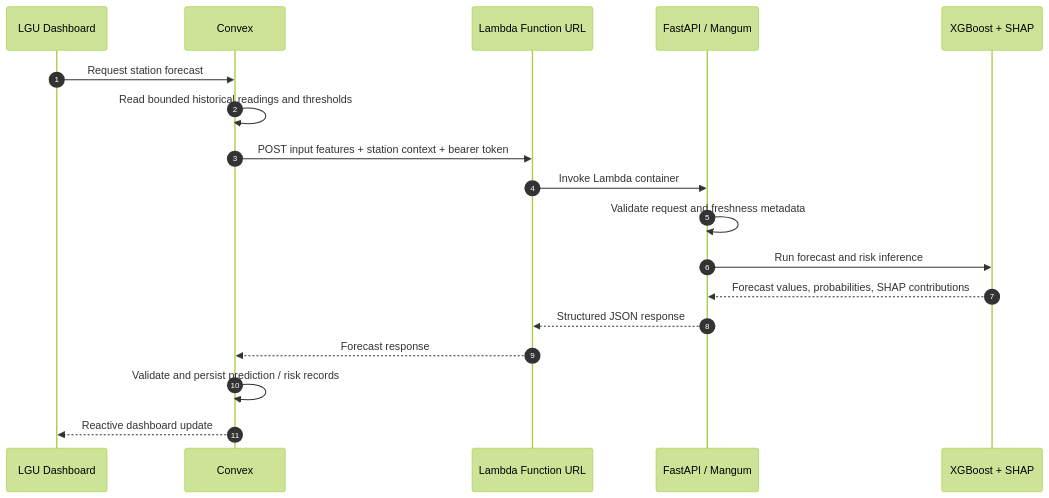
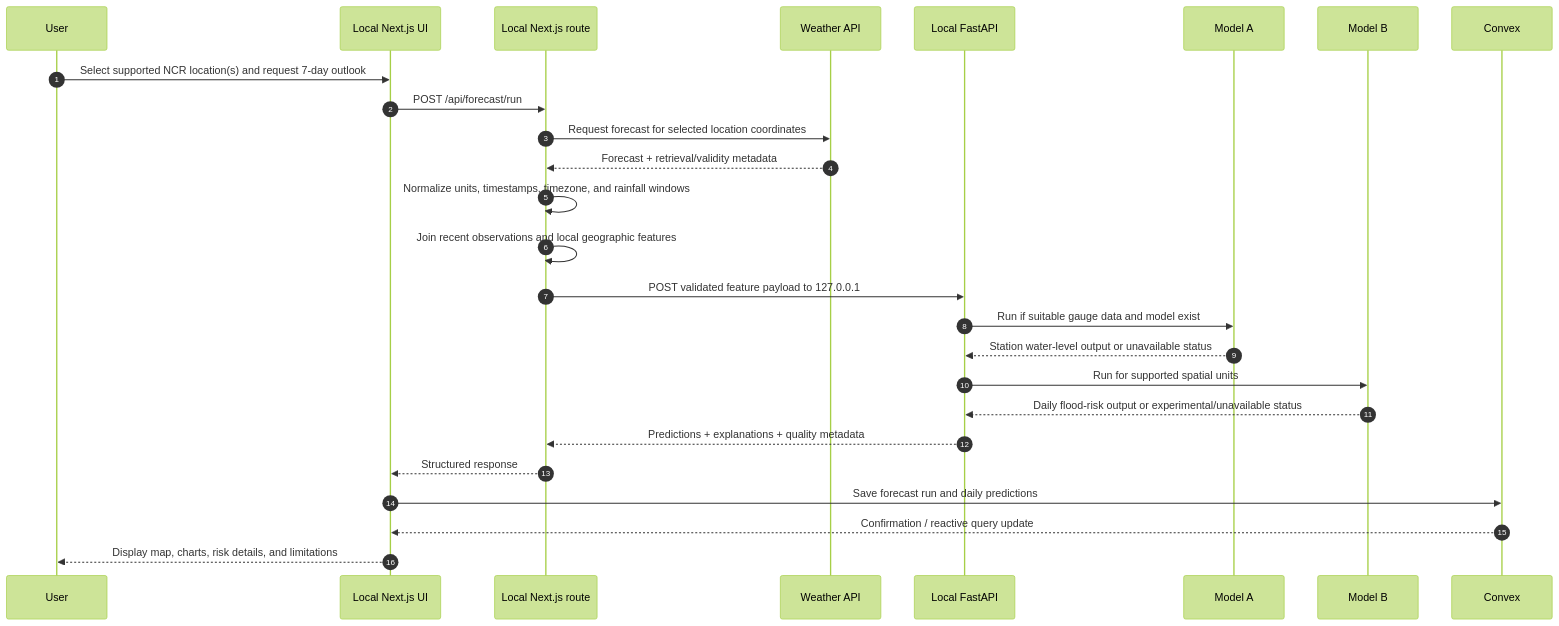
The second of 2 diagrams in docs/architecture/riverguard-architecture.md (ynnub-coding/RiverGuard), drawn with Mermaid (forest theme) before and after one commit. The commit also changed other lines of this file and 2 other files, not shown here.

First line of the commit message:
Align docs with local NCR prototype scope

````diff
--- a/docs/architecture/riverguard-architecture.md
+++ b/docs/architecture/riverguard-architecture.md
@@ -149,21 +177,29 @@
 ```mermaid
 sequenceDiagram
     autonumber
-    participant U as LGU Dashboard
+    participant U as User
+    participant W as Local Next.js UI
+    participant R as Local Next.js route
+    participant API as Weather API
+    participant F as Local FastAPI
+    participant A as Model A
+    participant B as Model B
     participant C as Convex
-    participant L as Lambda Function URL
-    participant F as FastAPI / Mangum
-    participant M as XGBoost + SHAP
 
-    U->>C: Request station forecast
-    C->>C: Read bounded historical readings and thresholds
-    C->>L: POST input features + station context + bearer token
-    L->>F: Invoke Lambda container
-    F->>F: Validate request and freshness metadata
-    F->>M: Run forecast and risk inference
-    M-->>F: Forecast values, probabilities, SHAP contributions
-    F-->>L: Structured JSON response
-    L-->>C: Forecast response
-    C->>C: Validate and persist prediction / risk records
-    C-->>U: Reactive dashboard update
+    U->>W: Select supported NCR location(s) and request 7-day outlook
+    W->>R: POST /api/forecast/run
+    R->>API: Request forecast for selected location coordinates
+    API-->>R: Forecast + retrieval/validity metadata
+    R->>R: Normalize units, timestamps, timezone, and rainfall windows
+    R->>R: Join recent observations and local geographic features
+    R->>F: POST validated feature payload to 127.0.0.1
+    F->>A: Run if suitable gauge data and model exist
+    A-->>F: Station water-level output or unavailable status
+    F->>B: Run for supported spatial units
+    B-->>F: Daily flood-risk output or experimental/unavailable status
+    F-->>R: Predictions + explanations + quality metadata
+    R-->>W: Structured response
+    W->>C: Save forecast run and daily predictions
+    C-->>W: Confirmation / reactive query update
+    W-->>U: Display map, charts, risk details, and limitations
 ```
````
